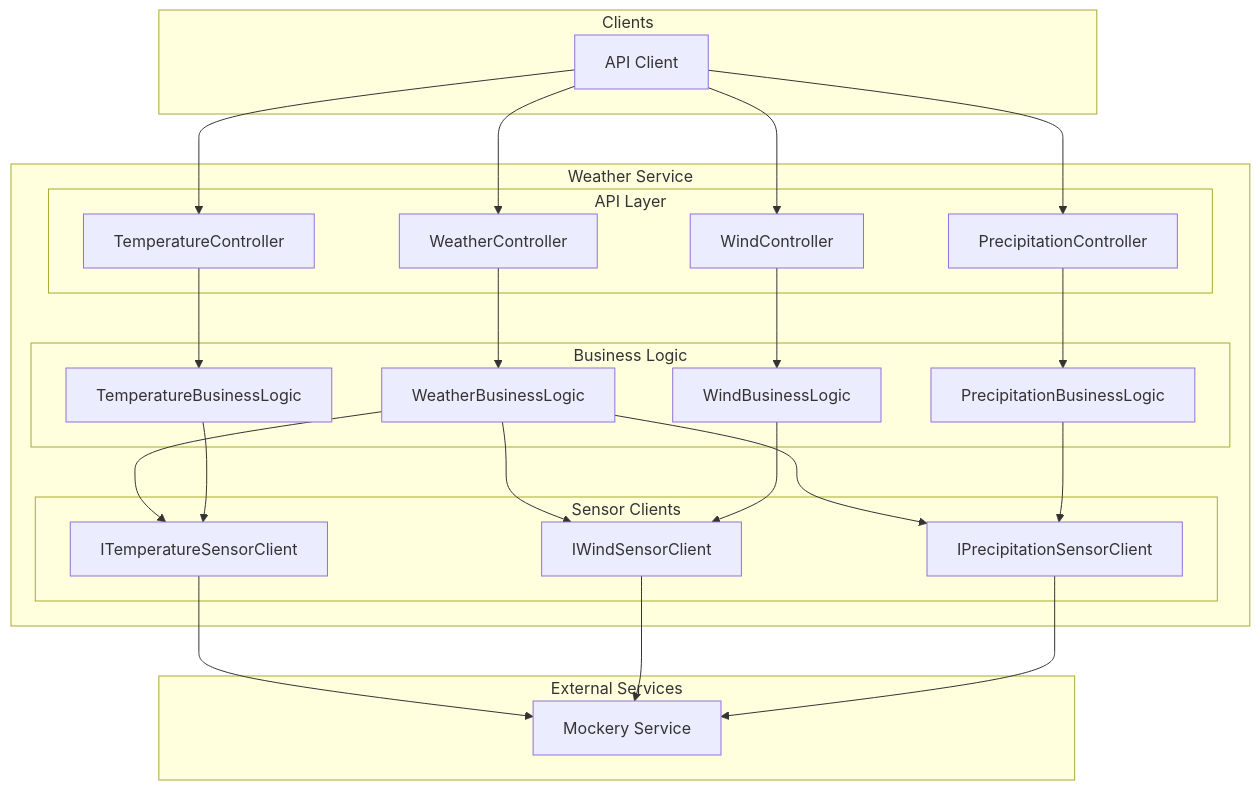
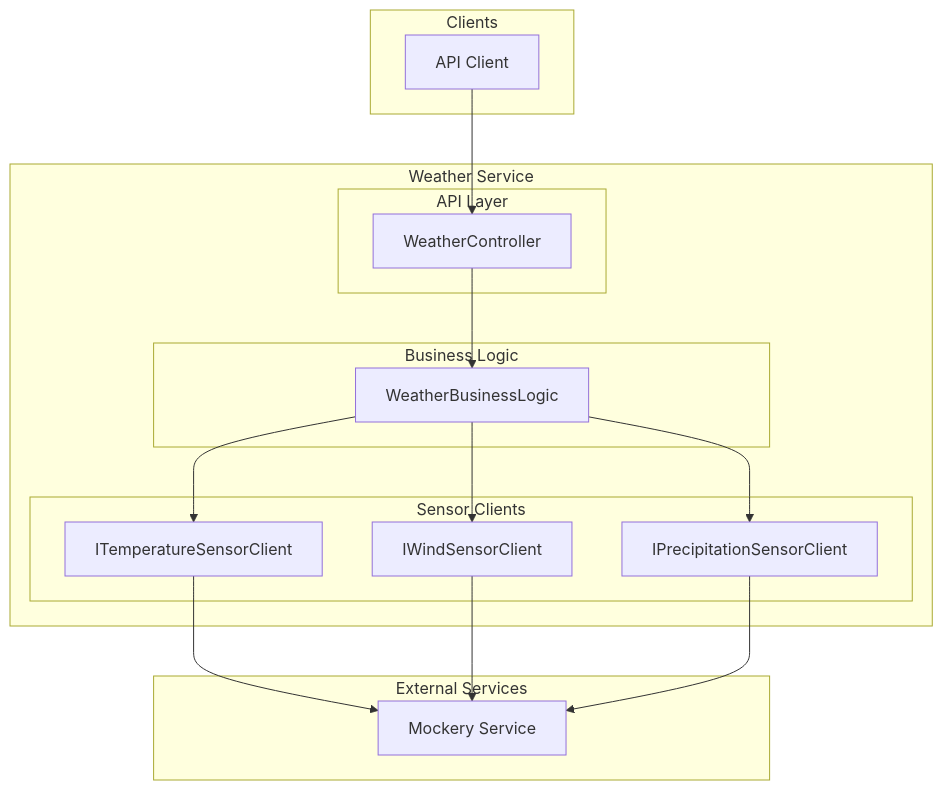
One commit to busadave13/Weather changed the first of 11 diagrams in .docs/weather-service-design.md. Above: the diagram before and after it, drawn with Mermaid. The commit also changed other lines of this file and 22 other files, not shown here.

````diff
--- a/.docs/weather-service-design.md
+++ b/.docs/weather-service-design.md
@@ -68,53 +68,38 @@
 ```mermaid
 flowchart TB
     subgraph Clients
         Client[API Client]
     end
     
     subgraph Weather Service
         subgraph API Layer
             WC[WeatherController]
-            TC[TemperatureController]
-            WiC[WindController]
-            PC[PrecipitationController]
         end
         
         subgraph Business Logic
             WBL[WeatherBusinessLogic]
-            TBL[TemperatureBusinessLogic]
-            WiBL[WindBusinessLogic]
-            PBL[PrecipitationBusinessLogic]
         end
         
         subgraph Sensor Clients
             TSC[ITemperatureSensorClient]
             WSC[IWindSensorClient]
             PSC[IPrecipitationSensorClient]
         end
     end
     
     subgraph External Services
         Mock[Mockery Service]
     end
     
     Client --> WC
-    Client --> TC
-    Client --> WiC
-    Client --> PC
     
     WC --> WBL
-    TC --> TBL
-    WiC --> WiBL
-    PC --> PBL
     
     WBL --> TSC
     WBL --> WSC
     WBL --> PSC
-    TBL --> TSC
-    WiBL --> WSC
-    PBL --> PSC
     
     TSC --> Mock
     WSC --> Mock
     PSC --> Mock
 ```
````
